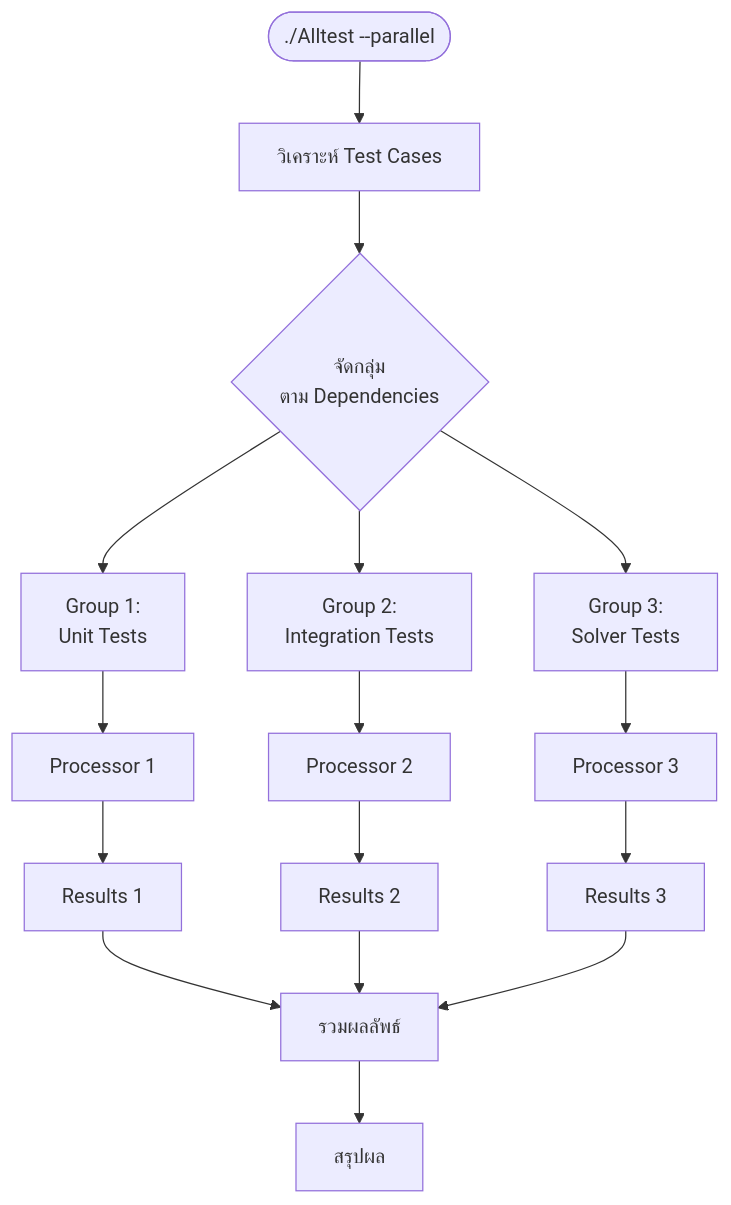
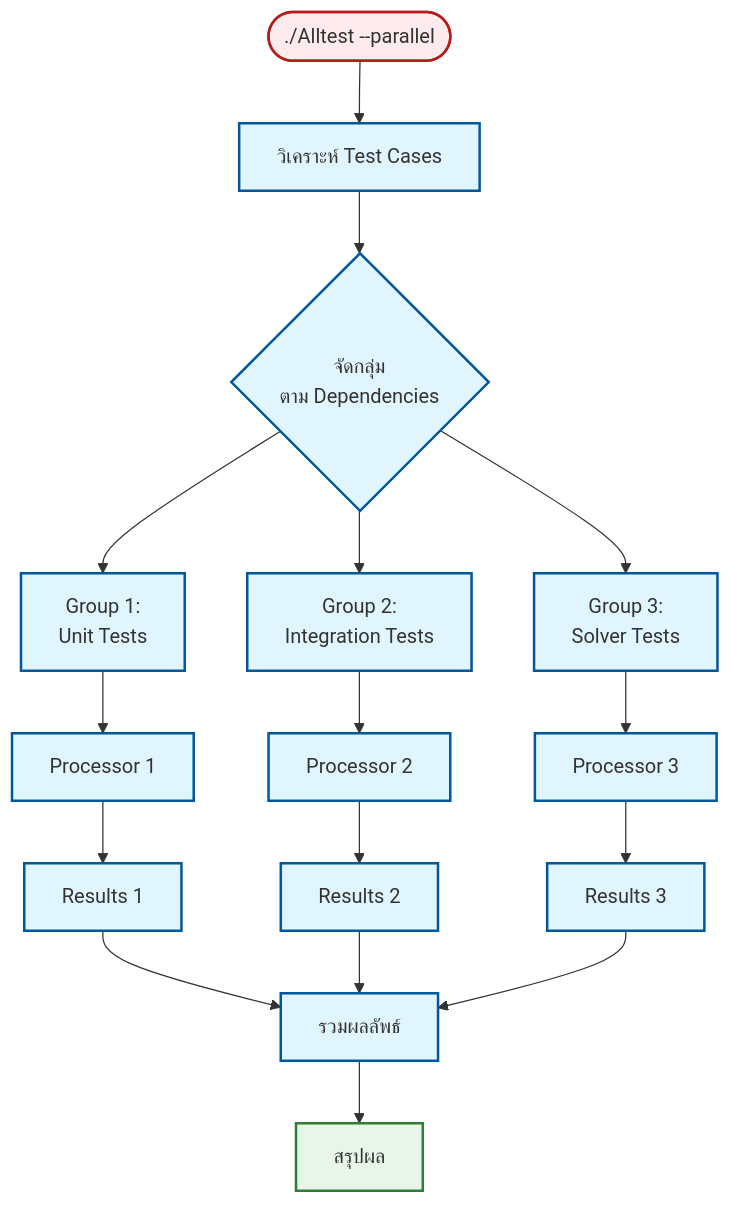
One commit to wramet/build-my-cfd changed the fourth of 4 diagrams in MODULE_08_TESTING_VALIDATION/CONTENT/02_TEST_FRAMEWORK_CODING/03_Automation_Scripts.md. Above: the diagram before and after it, drawn with Mermaid. The commit also changed other lines of this file and 313 other files, not shown here.

Commit message:
Revise all diagram

````diff
--- a/MODULE_08_TESTING_VALIDATION/CONTENT/02_TEST_FRAMEWORK_CODING/03_Automation_Scripts.md
+++ b/MODULE_08_TESTING_VALIDATION/CONTENT/02_TEST_FRAMEWORK_CODING/03_Automation_Scripts.md
@@ -1116,23 +1119,26 @@
 ```mermaid
 flowchart TB
-    Start([./Alltest --parallel]) --> Analyze[วิเคราะห์ Test Cases]
-    Analyze --> Categorize{จัดกลุ่ม<br/>ตาม Dependencies}
+classDef implicit fill:#e1f5fe,stroke:#01579b,stroke-width:2px
+classDef explicit fill:#ffebee,stroke:#b71c1c,stroke-width:2px
+classDef success fill:#e8f5e9,stroke:#2e7d32,stroke-width:2px
+Start([./Alltest --parallel]):::explicit --> Analyze[วิเคราะห์ Test Cases]:::implicit
+Analyze --> Categorize{จัดกลุ่ม<br/>ตาม Dependencies}:::implicit
 
-    Categorize --> Group1[Group 1:<br/>Unit Tests]
-    Categorize --> Group2[Group 2:<br/>Integration Tests]
-    Categorize --> Group3[Group 3:<br/>Solver Tests]
+Categorize --> Group1[Group 1:<br/>Unit Tests]:::implicit
+Categorize --> Group2[Group 2:<br/>Integration Tests]:::implicit
+Categorize --> Group3[Group 3:<br/>Solver Tests]:::implicit
 
-    Group1 --> P1[Processor 1]
-    Group2 --> P2[Processor 2]
-    Group3 --> P3[Processor 3]
+Group1 --> P1[Processor 1]:::implicit
+Group2 --> P2[Processor 2]:::implicit
+Group3 --> P3[Processor 3]:::implicit
 
-    P1 --> R1[Results 1]
-    P2 --> R2[Results 2]
-    P3 --> R3[Results 3]
+P1 --> R1[Results 1]:::implicit
+P2 --> R2[Results 2]:::implicit
+P3 --> R3[Results 3]:::implicit
 
-    R1 --> Merge[รวมผลลัพธ์]
-    R2 --> Merge
-    R3 --> Merge
+R1 --> Merge[รวมผลลัพธ์]:::implicit
+R2 --> Merge
+R3 --> Merge
 
-    Merge --> Final[สรุปผล]
+Merge --> Final[สรุปผล]:::success
 ```
````
